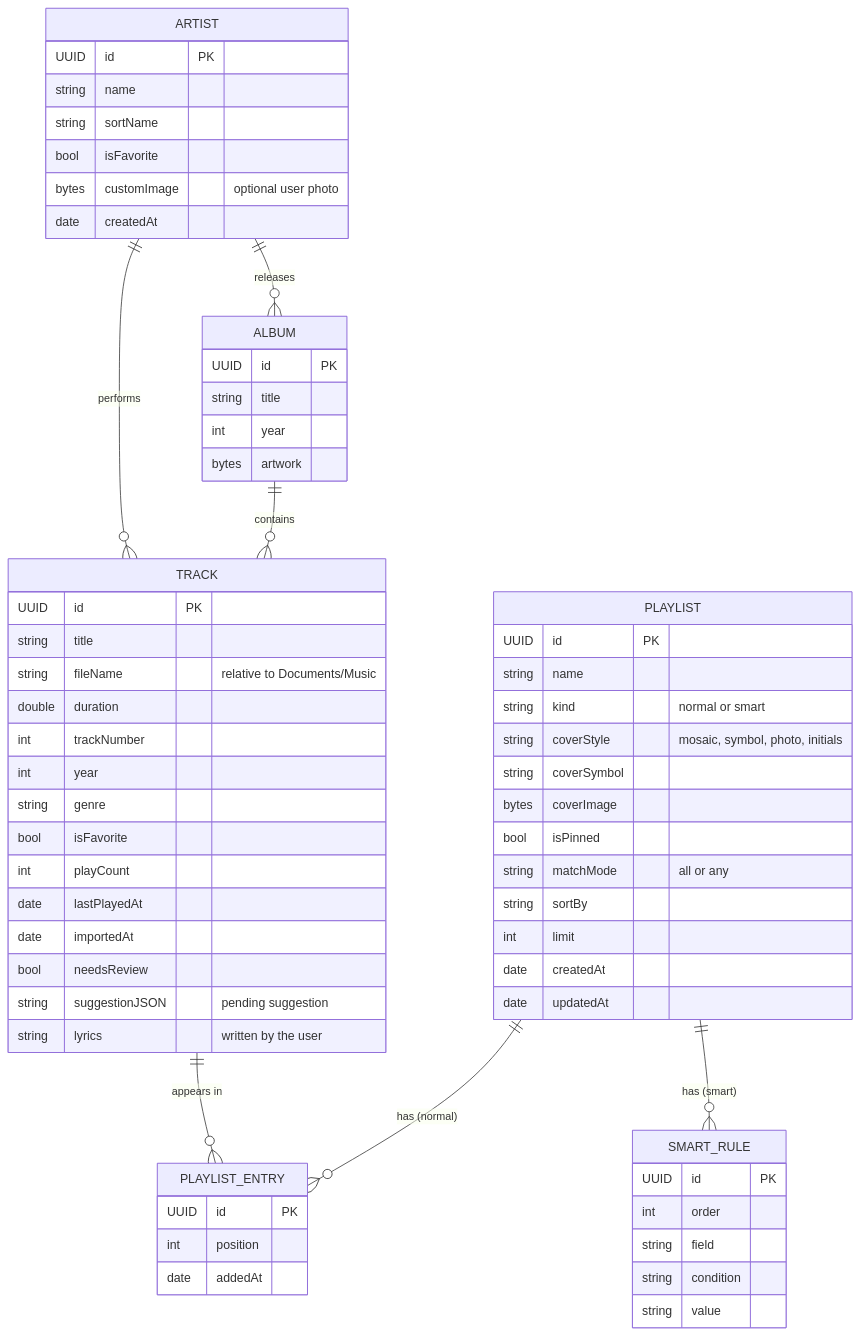
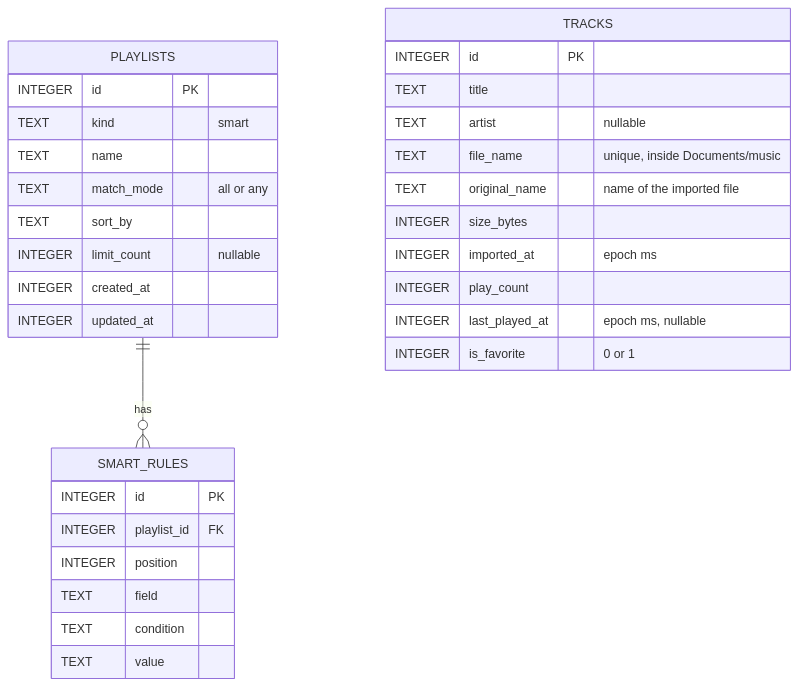
The diagram in docs/DATA_MODEL.md (sabrinasalomon/CoryMusic), drawn with Mermaid before and after one commit. The commit also changed other lines of this file and 68 other files, not shown here.

````diff
--- a/docs/DATA_MODEL.md
+++ b/docs/DATA_MODEL.md
@@ -7,66 +14,35 @@
 ```mermaid
 erDiagram
-    ARTIST ||--o{ TRACK : performs
-    ARTIST ||--o{ ALBUM : releases
-    ALBUM  ||--o{ TRACK : contains
-    PLAYLIST ||--o{ PLAYLIST_ENTRY : "has (normal)"
-    TRACK  ||--o{ PLAYLIST_ENTRY : "appears in"
-    PLAYLIST ||--o{ SMART_RULE : "has (smart)"
+    PLAYLISTS ||--o{ SMART_RULES : "has"
 
-    ARTIST {
-        UUID id PK
-        string name
-        string sortName
-        bool isFavorite
-        bytes customImage "optional user photo"
-        date createdAt
+    TRACKS {
+        INTEGER id PK
+        TEXT title
+        TEXT artist "nullable"
+        TEXT file_name "unique, inside Documents/music"
+        TEXT original_name "name of the imported file"
+        INTEGER size_bytes
+        INTEGER imported_at "epoch ms"
+        INTEGER play_count
+        INTEGER last_played_at "epoch ms, nullable"
+        INTEGER is_favorite "0 or 1"
     }
-    ALBUM {
-        UUID id PK
-        string title
-        int year
-        bytes artwork
+    PLAYLISTS {
+        INTEGER id PK
+        TEXT kind "smart"
+        TEXT name
+        TEXT match_mode "all or any"
+        TEXT sort_by
+        INTEGER limit_count "nullable"
+        INTEGER created_at
+        INTEGER updated_at
     }
-    TRACK {
-        UUID id PK
-        string title
-        string fileName "relative to Documents/Music"
-        double duration
-        int trackNumber
-        int year
-        string genre
-        bool isFavorite
-        int playCount
-        date lastPlayedAt
-        date importedAt
-        bool needsReview
-        string suggestionJSON "pending suggestion"
-        string lyrics "written by the user"
-    }
-    PLAYLIST {
-        UUID id PK
-        string name
-        string kind "normal or smart"
-        string coverStyle "mosaic, symbol, photo, initials"
-        string coverSymbol
-        bytes coverImage
-        bool isPinned
-        string matchMode "all or any"
-        string sortBy
-        int limit
-        date createdAt
-        date updatedAt
-    }
-    PLAYLIST_ENTRY {
-        UUID id PK
-        int position
-        date addedAt
-    }
-    SMART_RULE {
-        UUID id PK
-        int order
-        string field
-        string condition
-        string value
+    SMART_RULES {
+        INTEGER id PK
+        INTEGER playlist_id FK
+        INTEGER position
+        TEXT field
+        TEXT condition
+        TEXT value
     }
 ```
````
